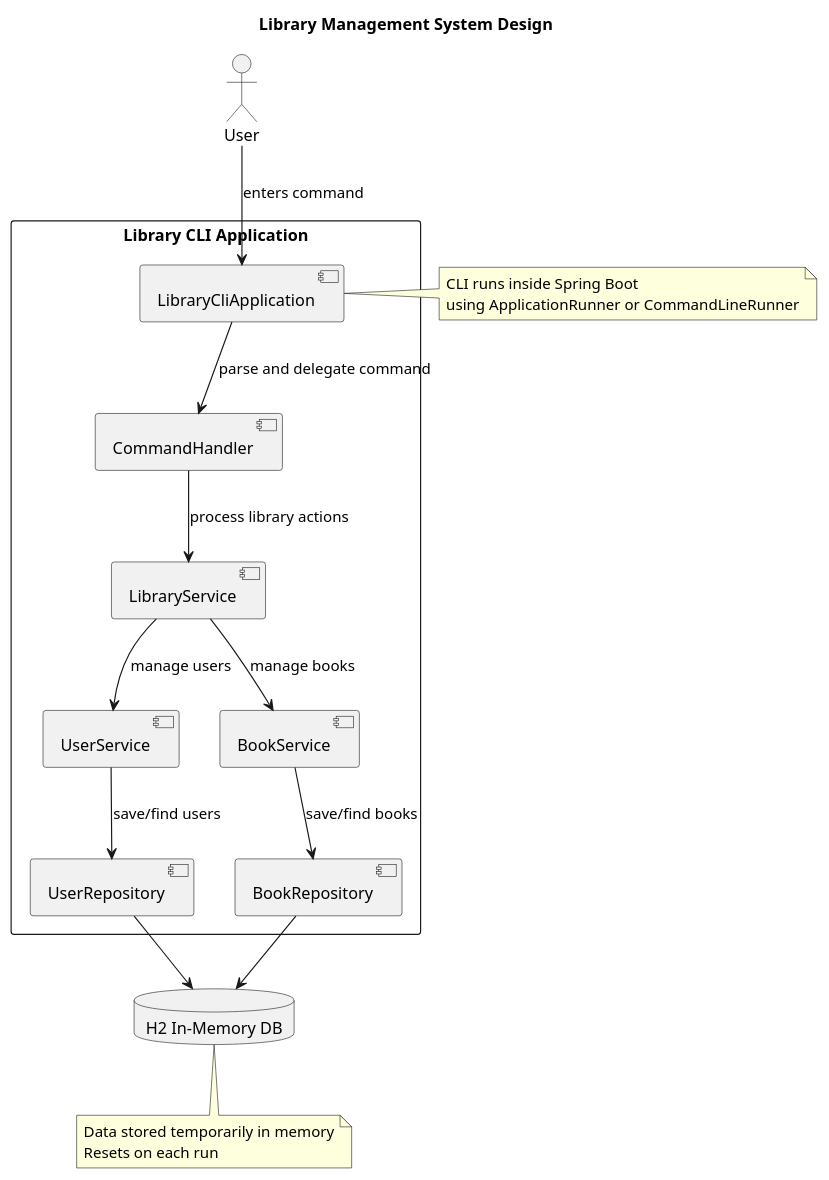
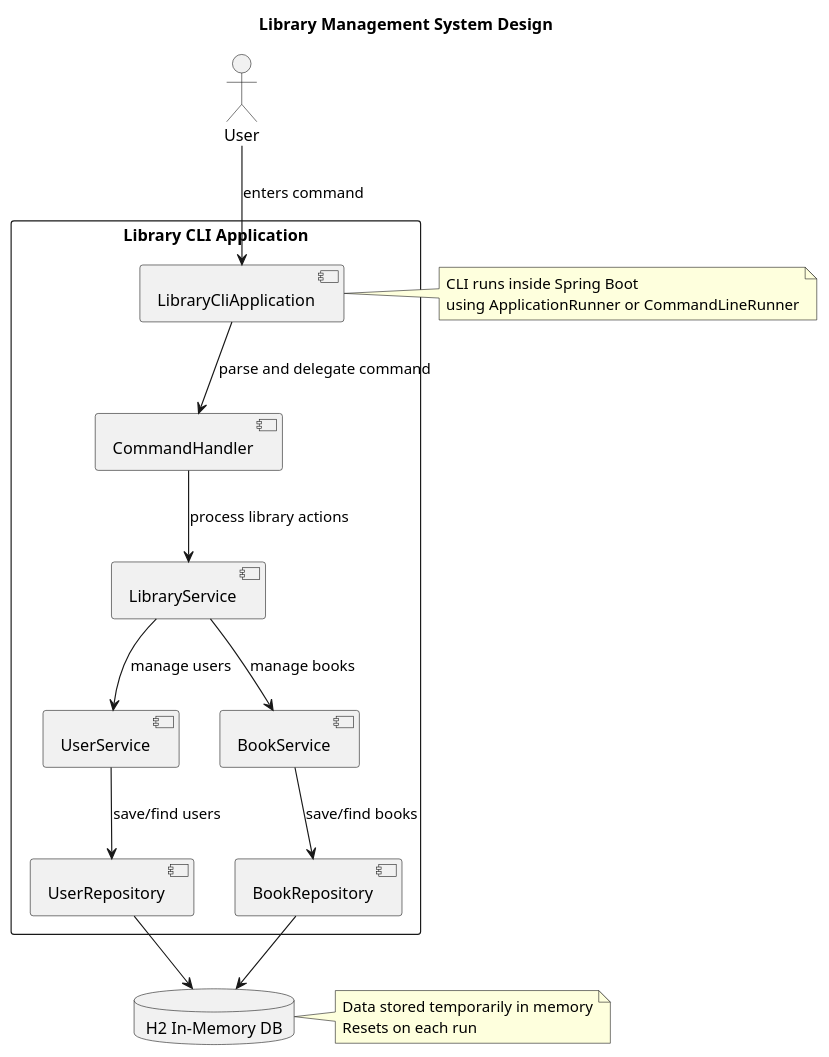
Before and after one commit to hafizferoz/libraryms: the diagram in src/main/docs/LMSSequence.puml, drawn with PlantUML. The commit also changed 4 other files, not shown here.

Commit message:
update project with design flow

```diff
--- a/src/main/docs/LMSSequence.puml
+++ b/src/main/docs/LMSSequence.puml
@@ -1,38 +1,38 @@
 @startuml
 title Library Management System Design
 
 actor User as user
 
 rectangle "Library CLI Application" {
     component "LibraryCliApplication" as cli
     component "CommandHandler" as handler
     component "LibraryService" as service
     component "UserService" as userService
     component "BookService" as bookService
     component "UserRepository" as userRepo
     component "BookRepository" as bookRepo
 }
 
 database "H2 In-Memory DB" as h2
 
 user --> cli : enters command
 cli --> handler : parse and delegate command
 handler --> service : process library actions
 service --> userService : manage users
 service --> bookService : manage books
 userService --> userRepo : save/find users
 bookService --> bookRepo : save/find books
 userRepo --> h2
 bookRepo --> h2
 
 note right of cli
 CLI runs inside Spring Boot
 using ApplicationRunner or CommandLineRunner
 end note
 
-note bottom of h2
+note right of h2
 Data stored temporarily in memory
 Resets on each run
 end note
 
 @enduml
```
